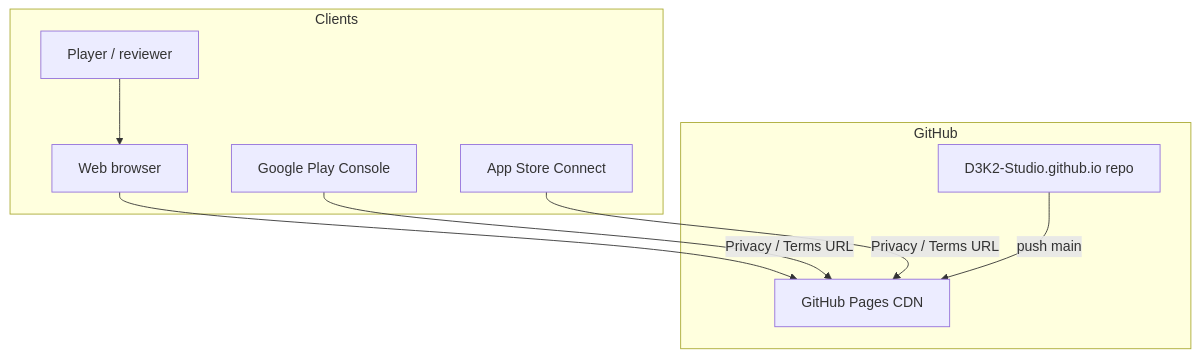
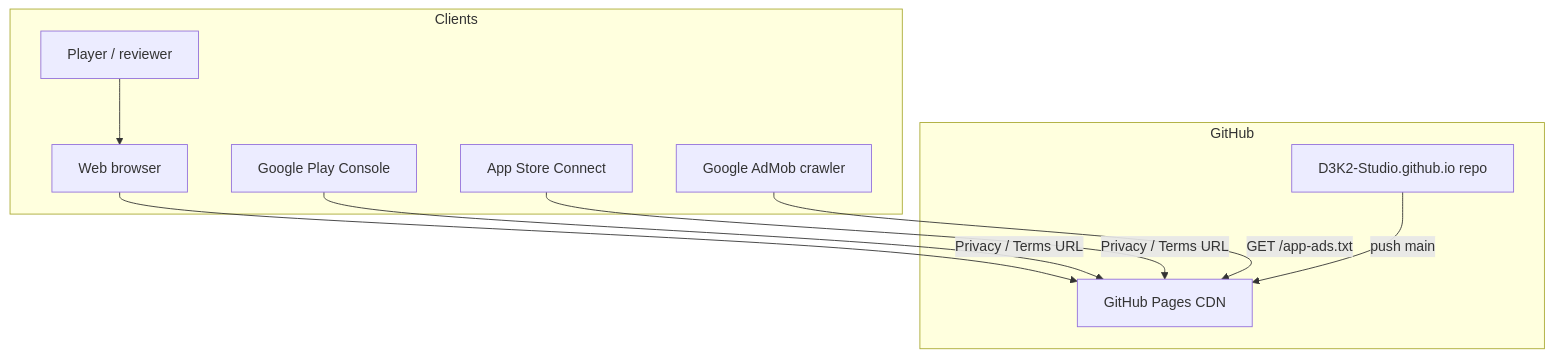
The first of 3 diagrams in docs/ARCHITECTURE.md (D3K2-Studio/d3k2-studio.github.io), drawn with Mermaid before and after one commit. The commit also changed other lines of this file and 3 other files, not shown here.

First line of the commit message:
feat(ads): add AdMob app-ads.txt for publisher verification (#12)

````diff
--- a/docs/ARCHITECTURE.md
+++ b/docs/ARCHITECTURE.md
@@ -5,20 +5,22 @@
 ```mermaid
 flowchart TB
   subgraph clients [Clients]
     Browser[Web browser]
     PlayStore[Google Play Console]
     AppStore[App Store Connect]
+    AdMob[Google AdMob crawler]
     Player[Player / reviewer]
   end
 
   subgraph github [GitHub]
     Repo[D3K2-Studio.github.io repo]
     Pages[GitHub Pages CDN]
   end
 
   Browser --> Pages
   Player --> Browser
   PlayStore -->|"Privacy / Terms URL"| Pages
   AppStore -->|"Privacy / Terms URL"| Pages
+  AdMob -->|"GET /app-ads.txt"| Pages
   Repo -->|"push main"| Pages
 ```
````
